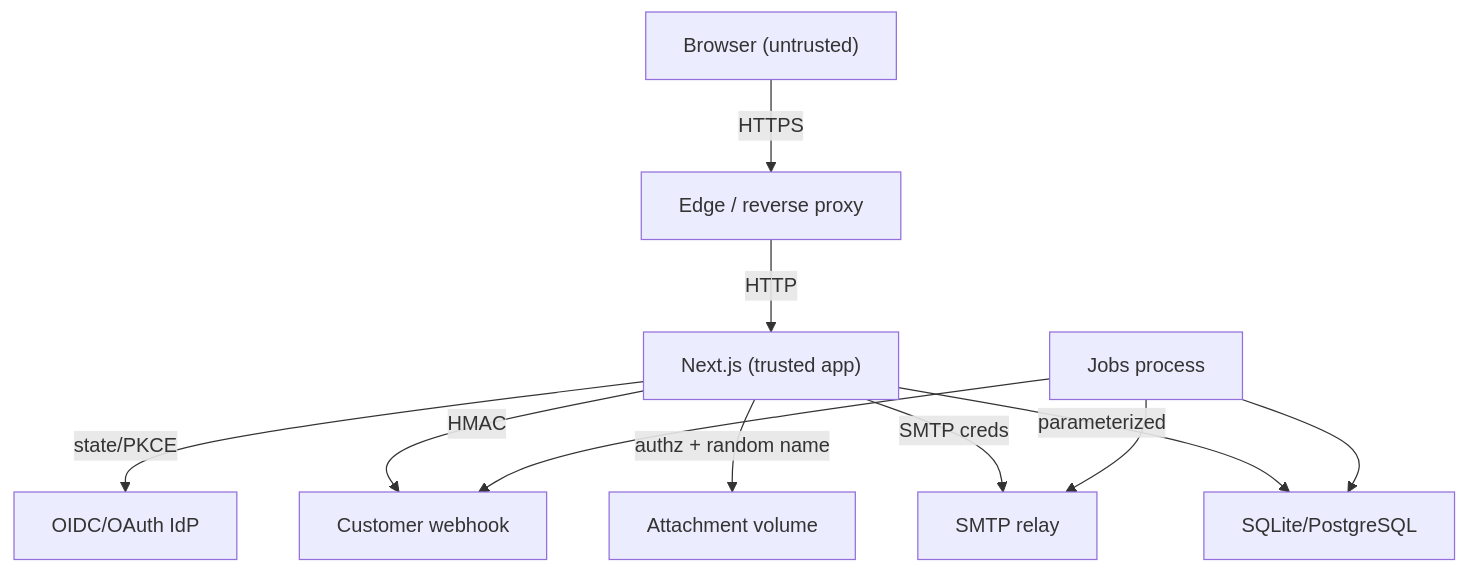
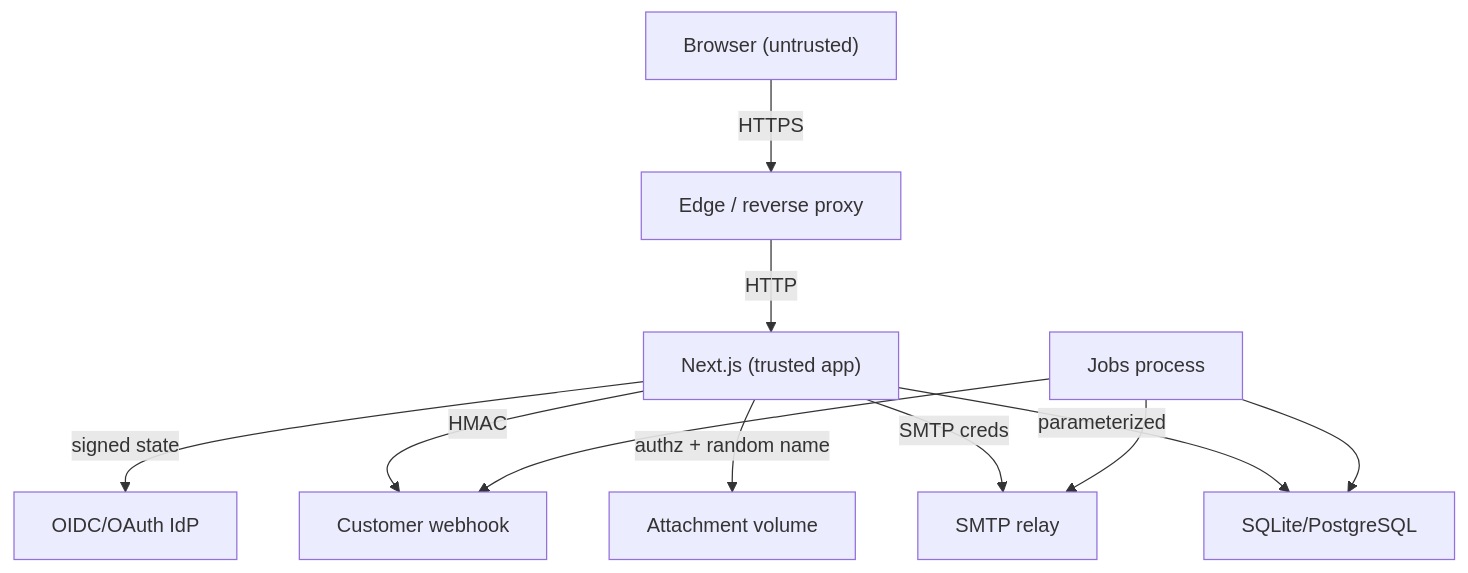
Before and after one commit to 9rtoria/CS3383-Project: the diagram in docs/THREAT_MODEL.md, drawn with Mermaid. The commit also changed other lines of this file and 80 other files, not shown here.

````diff
--- a/docs/THREAT_MODEL.md
+++ b/docs/THREAT_MODEL.md
@@ -62,13 +62,13 @@
 ```mermaid
 flowchart TD
   B["Browser (untrusted)"] -->|HTTPS| E["Edge / reverse proxy"]
   E -->|HTTP| N["Next.js (trusted app)"]
   N -->|parameterized| DB["SQLite/PostgreSQL"]
   N -->|authz + random name| FS["Attachment volume"]
   N -->|SMTP creds| M["SMTP relay"]
   N -->|HMAC| W["Customer webhook"]
-  N -->|state/PKCE| I["OIDC/OAuth IdP"]
+  N -->|signed state| I["OIDC/OAuth IdP"]
   J["Jobs process"] --> DB
   J --> M
   J --> W
 ```
````
